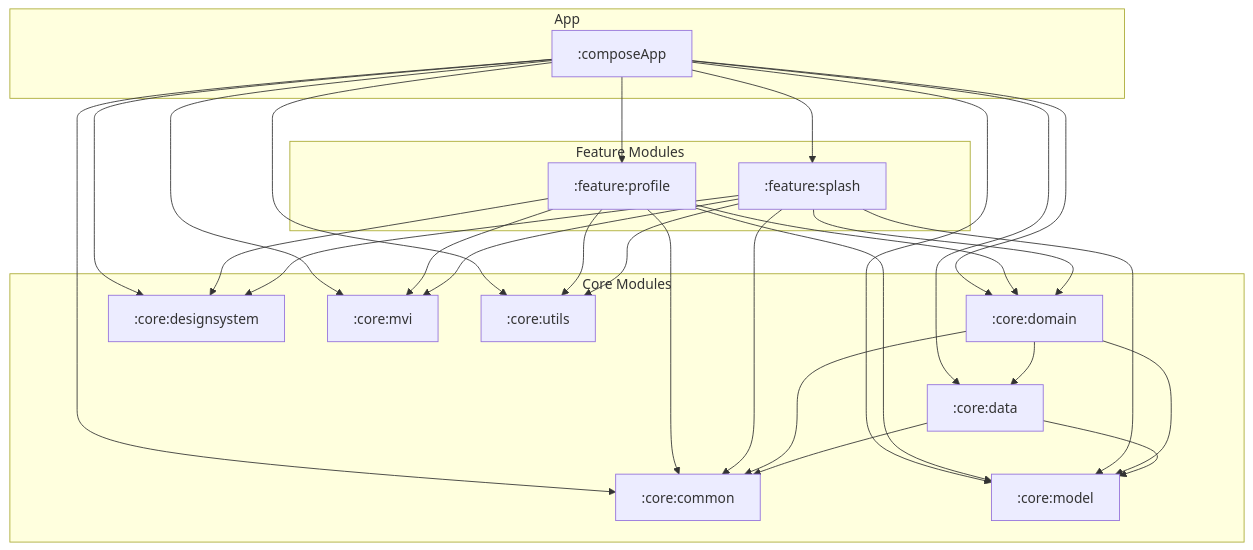
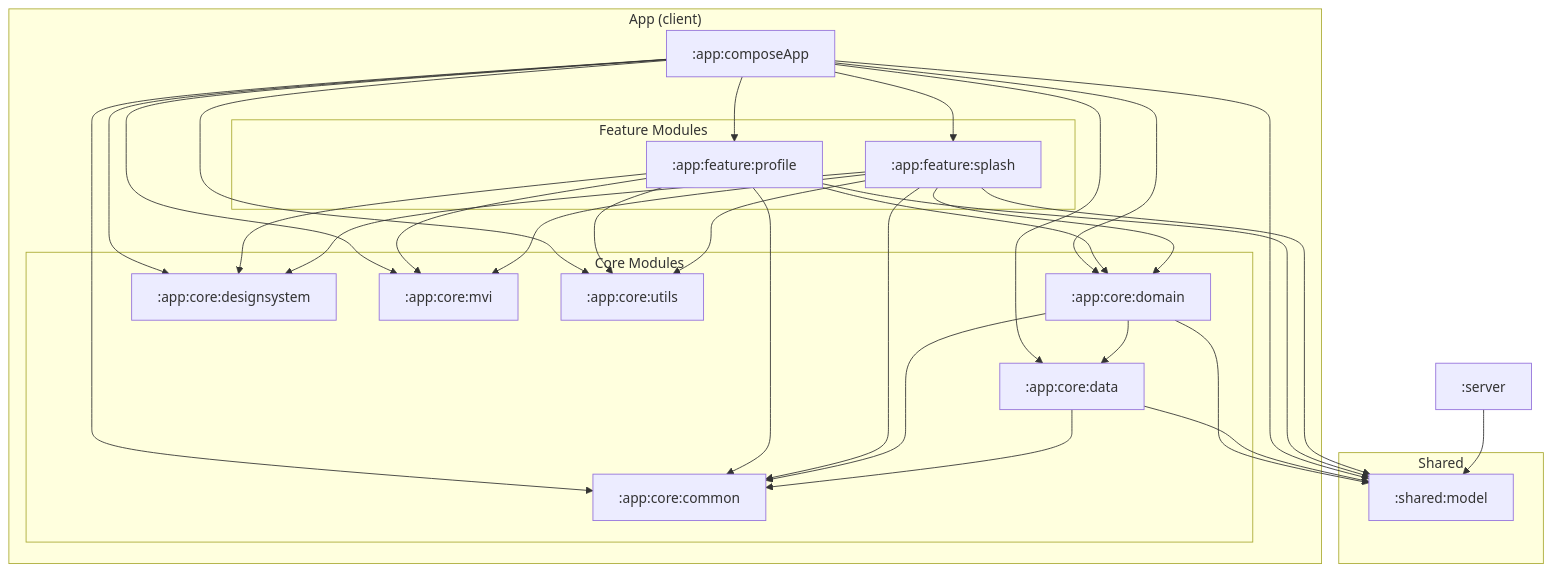
The diagram in docs/ModuleOverview.md (kei-1111/kei-1111.github.io), drawn with Mermaid before and after one commit. The commit also changed other lines of this file and 27 other files, not shown here.

````diff
--- a/docs/ModuleOverview.md
+++ b/docs/ModuleOverview.md
@@ -9,29 +11,36 @@
 ```mermaid
 flowchart TB
-    subgraph App
-        composeApp[":composeApp"]
+    subgraph "Shared"
+        model[":shared:model"]
     end
 
-    subgraph "Feature Modules"
-        profile[":feature:profile"]
-        splash[":feature:splash"]
-    end
+    server[":server"]
 
-    subgraph "Core Modules"
-        domain[":core:domain"]
-        data[":core:data"]
-        designsystem[":core:designsystem"]
-        mvi[":core:mvi"]
-        common[":core:common"]
-        model[":core:model"]
-        utils[":core:utils"]
+    subgraph "App (client)"
+        composeApp[":app:composeApp"]
+
+        subgraph "Feature Modules"
+            profile[":app:feature:profile"]
+            splash[":app:feature:splash"]
+        end
+
+        subgraph "Core Modules"
+            domain[":app:core:domain"]
+            data[":app:core:data"]
+            designsystem[":app:core:designsystem"]
+            mvi[":app:core:mvi"]
+            common[":app:core:common"]
+            utils[":app:core:utils"]
+        end
     end
 
     composeApp --> profile & splash
-    composeApp --> common & data & designsystem & domain & model & mvi & utils
+    composeApp --> common & data & designsystem & domain & mvi & utils & model
 
-    profile & splash --> common & designsystem & domain & mvi & model & utils
+    profile & splash --> common & designsystem & domain & mvi & utils & model
 
     domain --> common & data & model
     data --> common & model
+
+    server --> model
 ```
````
